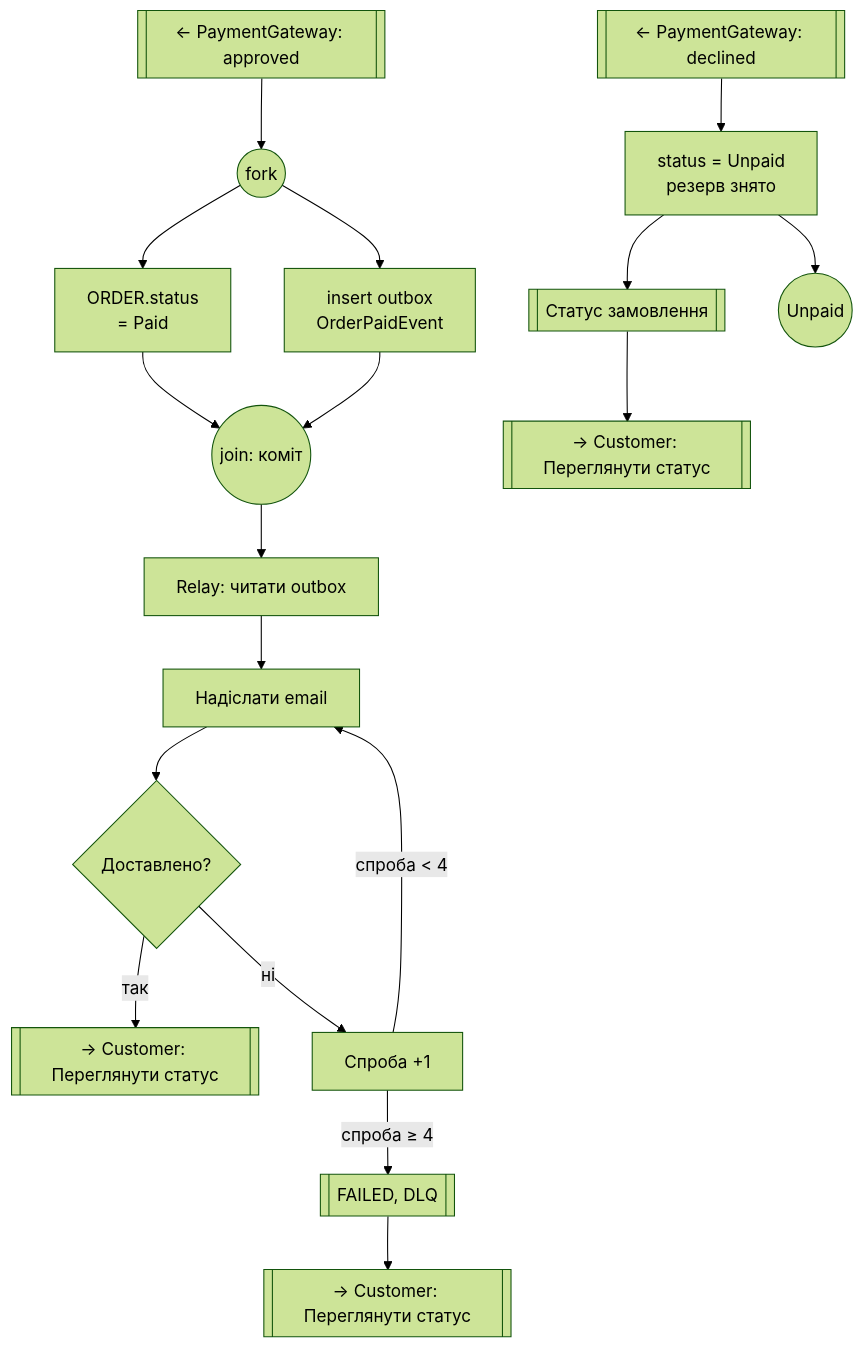
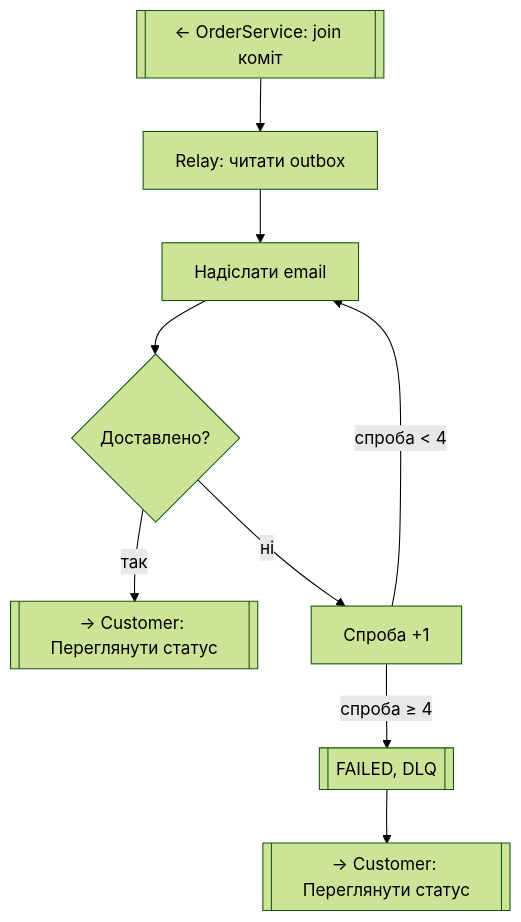
Before and after one commit to Stefect/Modeling-and-Analysis-of-Software-Requirements: the sixth of 7 diagrams in task-4/activity.md, drawn with Mermaid (forest theme). The commit also changed other lines of this file and 3 other files, not shown here.

````diff
--- a/task-4/activity.md
+++ b/task-4/activity.md
@@ -65,21 +77,11 @@
 ```mermaid
 flowchart TB
-    P_ok[[← PaymentGateway: approved]] --> O5((fork))
-    O5 --> O6[ORDER.status<br/>= Paid]
-    O5 --> O7[insert outbox<br/>OrderPaidEvent]
-    O6 --> O8((join: коміт))
-    O7 --> O8
-    O8 --> R1[Relay: читати outbox]
+    R0in[[← OrderService: join коміт]] --> R1[Relay: читати outbox]
     R1 --> R2[Надіслати email]
     R2 --> R3{Доставлено?}
     R3 -- так --> R3out[[→ Customer: Переглянути статус]]
     R3 -- ні --> R4[Спроба +1]
     R4 -- спроба < 4 --> R2
     R4 -- спроба ≥ 4 --> R5[[FAILED, DLQ]]
     R5 --> R5out[[→ Customer: Переглянути статус]]
-
-    P_no[[← PaymentGateway: declined]] --> O9[status = Unpaid<br/>резерв знято]
-    O9 --> O11[[Статус замовлення]]
-    O11 --> O11out[[→ Customer: Переглянути статус]]
-    O9 --> UNP((Unpaid))
 ```
````
